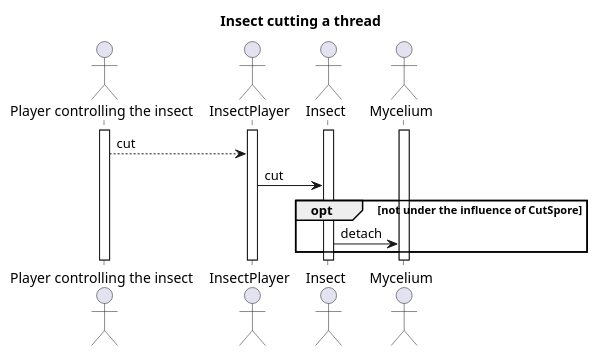
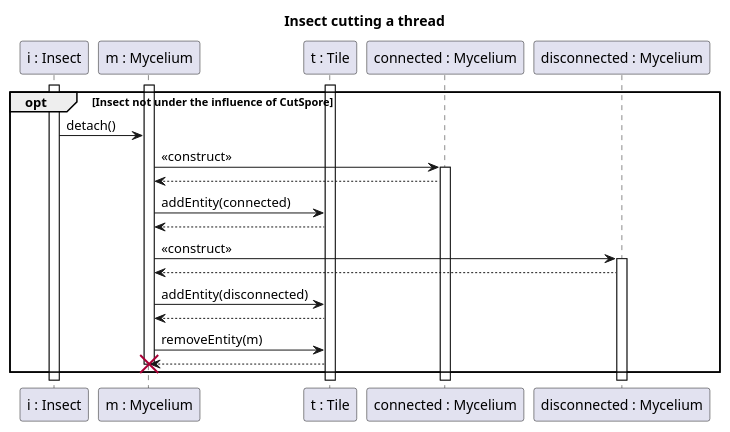
The diagram in diagrams/diagramFiles/SQ_InsectCutThread.puml (Harcipan/Projlab_nullpointerexception), drawn with PlantUML before and after one commit. The commit also changed 23 other files, not shown here.

```diff
--- a/diagrams/diagramFiles/SQ_InsectCutThread.puml
+++ b/diagrams/diagramFiles/SQ_InsectCutThread.puml
@@ -1,25 +1,42 @@
 @startuml Insect thread cutting
 
 title Insect cutting a thread
 
-actor "Player controlling the insect" as P
-actor "InsectPlayer" as Ip
-actor "Insect" as I
-actor "Mycelium" as T
 
-activate P
-activate Ip
+participant "i : Insect" as I
+participant "m : Mycelium" as T
+participant "t : Tile" as Tl
+participant "connected : Mycelium" as Mc
+participant "disconnected : Mycelium" as Md
+
+
 activate I
 activate T
+activate Tl
 
-P --> Ip : cut
+opt Insect not under the influence of CutSpore
+I -> T : detach()
+T->Mc : <<construct>>
 
-Ip -> I : cut
-opt not under the influence of CutSpore
-I -> T : detach
+activate Mc
 
+Mc-->T
+T->Tl : addEntity(connected)
+Tl --> T
+T->Md : <<construct>>
+
+activate Md
+
+Md-->T
+T->Tl : addEntity(disconnected)
+Tl-->T
+
+T->Tl : removeEntity(m)
+Tl-->T
+
+destroy T
 
 end
 
 
 @enduml
```
